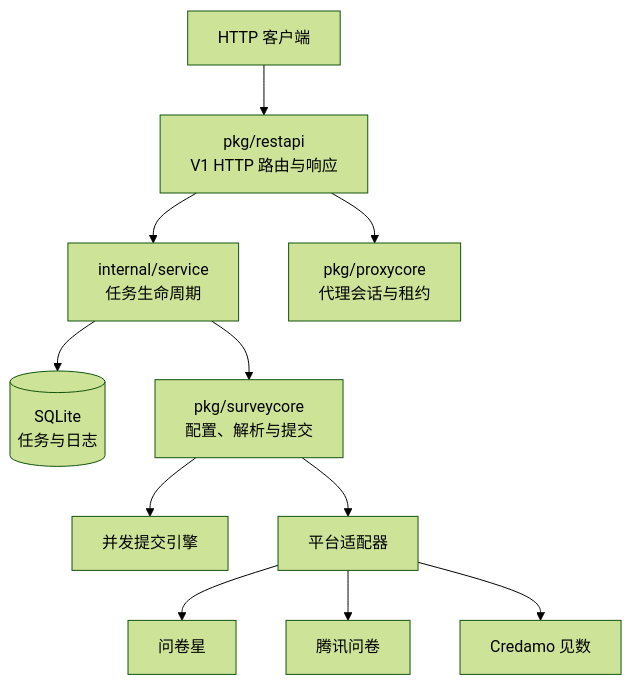
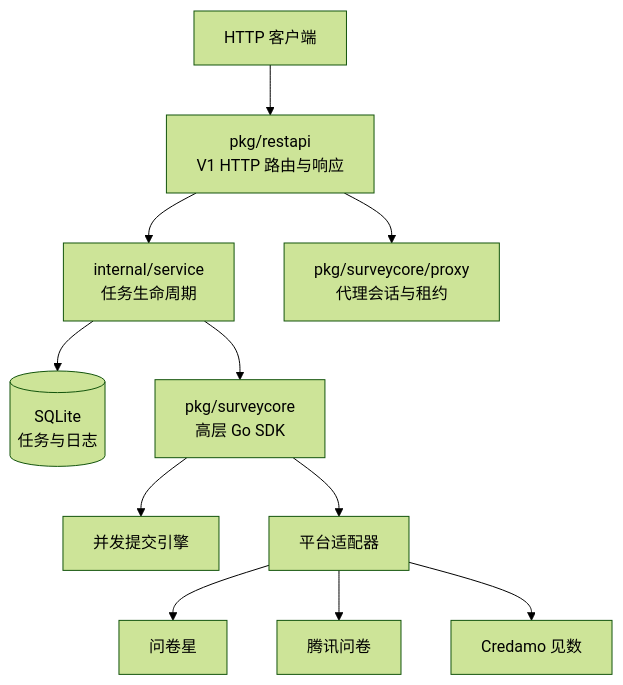
The diagram in README.md (SurveyController/SurveyCore), drawn with Mermaid (forest theme) before and after one commit. The commit also changed other lines of this file and 13 other files, not shown here.

````diff
--- a/README.md
+++ b/README.md
@@ -47,13 +57,13 @@
 ```mermaid
 flowchart TD
     Client[HTTP 客户端] --> API[pkg/restapi<br/>V1 HTTP 路由与响应]
     API --> Tasks[internal/service<br/>任务生命周期]
     Tasks --> Store[(SQLite<br/>任务与日志)]
-    Tasks --> Core[pkg/surveycore<br/>配置、解析与提交]
+    Tasks --> Core[pkg/surveycore<br/>高层 Go SDK]
     Core --> Engine[并发提交引擎]
     Core --> Providers[平台适配器]
     Providers --> WJX[问卷星]
     Providers --> Tencent[腾讯问卷]
     Providers --> Credamo[Credamo 见数]
-    API --> Proxy[pkg/proxycore<br/>代理会话与租约]
+    API --> Proxy[pkg/surveycore/proxy<br/>代理会话与租约]
 ```
````
